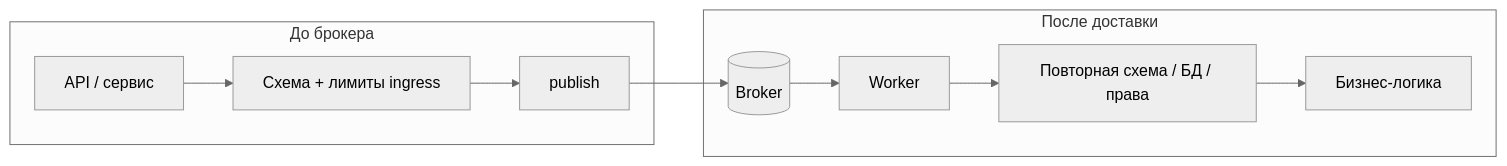
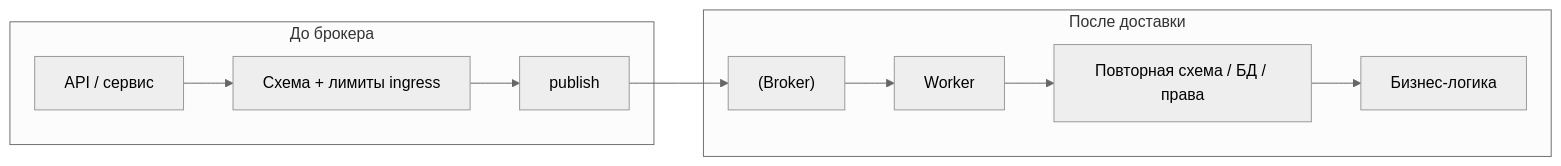
Before and after one commit to DDoSKudya/ai-study-atlas: the first of 3 diagrams in directions/services/celery/pact/17_bezopasnost_celery/11_17_17_2_serializatsiya_i_doverie_k_soobshcheniyam.md, drawn with Mermaid (neutral theme). The commit also changed other lines of this file and 322 other files, not shown here.

Commit message:
fix(docs): make mermaid diagrams GitHub-compatible across directions content

````diff
--- a/directions/services/celery/pact/17_bezopasnost_celery/11_17_17_2_serializatsiya_i_doverie_k_soobshcheniyam.md
+++ b/directions/services/celery/pact/17_bezopasnost_celery/11_17_17_2_serializatsiya_i_doverie_k_soobshcheniyam.md
@@ -188,13 +188,13 @@
 ```mermaid
 flowchart LR
   subgraph g1["До брокера"]
-    A[API / сервис] --> V1[Схема + лимиты ingress]
-    V1 --> P[publish]
+    A["API / сервис"] --> V1["Схема + лимиты ingress"]
+    V1 --> P["publish"]
   end
   subgraph g2["После доставки"]
-    BR[(Broker)] --> W[Worker]
-    W --> V2[Повторная схема / БД / права]
-    V2 --> B[Бизнес-логика]
+    BR["(Broker)"] --> W["Worker"]
+    W --> V2["Повторная схема / БД / права"]
+    V2 --> B["Бизнес-логика"]
   end
   P --> BR
 ```
````
